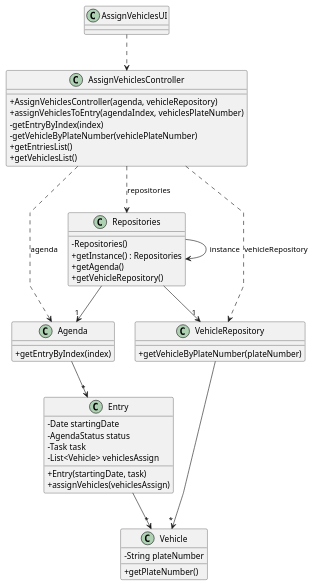
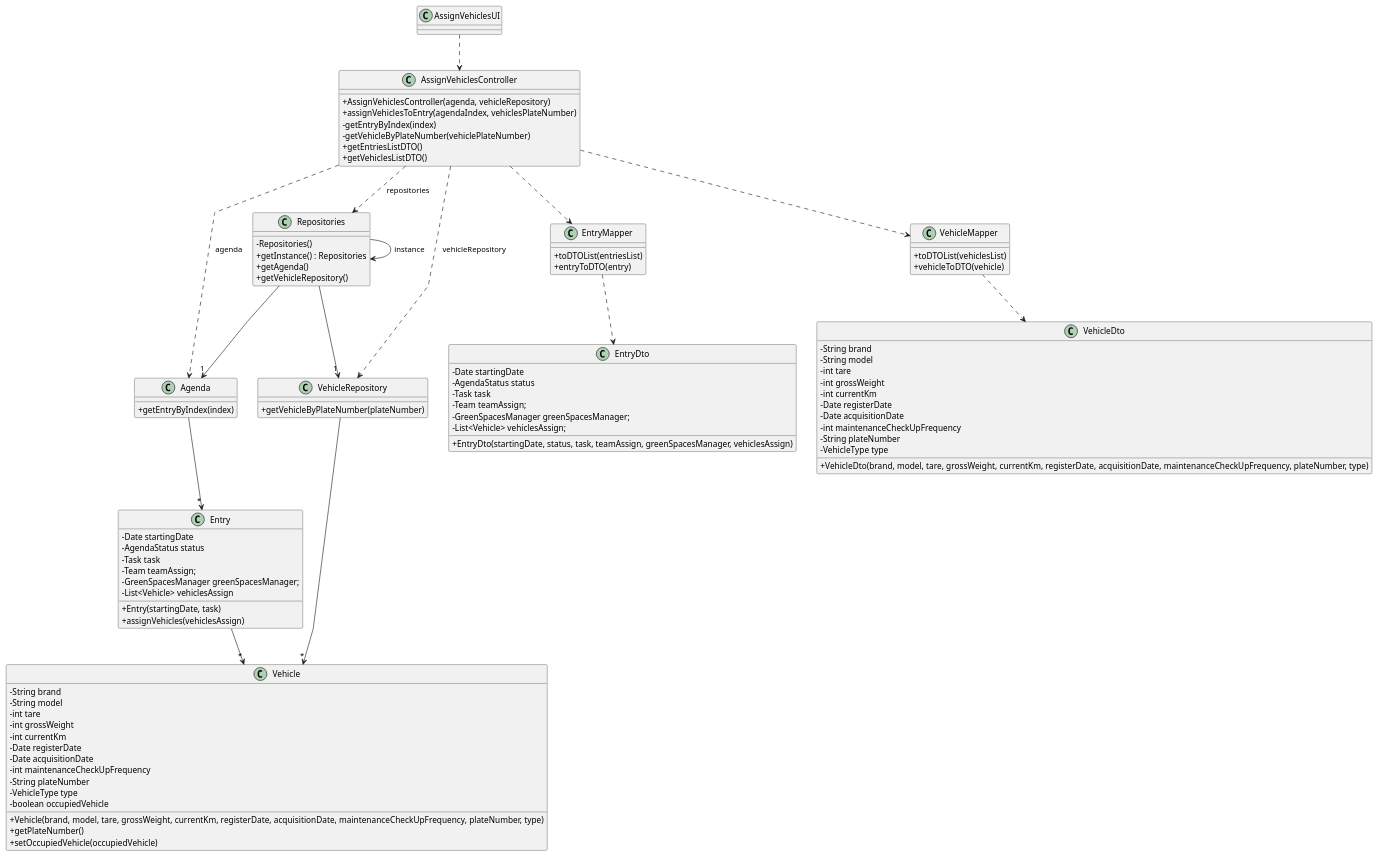
Before and after one commit to daniel41silva05/ISEP_2023_2024_LAPR2: the diagram in docs/sprintA&B&C/us026/03.design/puml/us026-class-diagram.puml, drawn with PlantUML. The commit also changed 16 other files, not shown here.

Commit message:
US22/23/26 - finalization Class Diagram and Sequence Diagram #10 #11 #12

```diff
--- a/docs/sprintA&B&C/us026/03.design/puml/us026-class-diagram.puml
+++ b/docs/sprintA&B&C/us026/03.design/puml/us026-class-diagram.puml
@@ -1,64 +1,116 @@
 @startuml
 'skinparam monochrome true
 skinparam packageStyle rectangle
 skinparam shadowing false
 skinparam linetype polyline
 'skinparam linetype orto
 
 skinparam classAttributeIconSize 0
 
 'left to right direction
 
 class AssignVehiclesUI {
 }
 
 class AssignVehiclesController {
     +AssignVehiclesController(agenda, vehicleRepository)
     +assignVehiclesToEntry(agendaIndex, vehiclesPlateNumber)
     -getEntryByIndex(index)
     -getVehicleByPlateNumber(vehiclePlateNumber)
-    +getEntriesList()
-    +getVehiclesList()
+    +getEntriesListDTO()
+    +getVehiclesListDTO()
 }
 
 class Agenda {
     +getEntryByIndex(index)
 }
 
 class Entry {
     -Date startingDate
     -AgendaStatus status
     -Task task
+    -Team teamAssign;
+    -GreenSpacesManager greenSpacesManager;
     -List<Vehicle> vehiclesAssign
     +Entry(startingDate, task)
     +assignVehicles(vehiclesAssign)
 }
 
 class VehicleRepository {
     +getVehicleByPlateNumber(plateNumber)
 }
 
 class Vehicle {
+    -String brand
+    -String model
+    -int tare
+    -int grossWeight
+    -int currentKm
+    -Date registerDate
+    -Date acquisitionDate
+    -int maintenanceCheckUpFrequency
     -String plateNumber
+    -VehicleType type
+    -boolean occupiedVehicle
+    +Vehicle(brand, model, tare, grossWeight, currentKm, registerDate, acquisitionDate, maintenanceCheckUpFrequency, plateNumber, type)
     +getPlateNumber()
+    +setOccupiedVehicle(occupiedVehicle)
 }
 
 class Repositories {
     - Repositories()
     + getInstance() : Repositories
     + getAgenda()
     + getVehicleRepository()
+}
+
+class EntryDto {
+    -Date startingDate
+    -AgendaStatus status
+    -Task task
+    -Team teamAssign;
+    -GreenSpacesManager greenSpacesManager;
+    -List<Vehicle> vehiclesAssign;
+    +EntryDto(startingDate, status, task, teamAssign, greenSpacesManager, vehiclesAssign)
+}
+
+class EntryMapper {
+    +toDTOList(entriesList)
+    +entryToDTO(entry)
+}
+
+class VehicleDto {
+    -String brand
+    -String model
+    -int tare
+    -int grossWeight
+    -int currentKm
+    -Date registerDate
+    -Date acquisitionDate
+    -int maintenanceCheckUpFrequency
+    -String plateNumber
+    -VehicleType type
+    +VehicleDto(brand, model, tare, grossWeight, currentKm, registerDate, acquisitionDate, maintenanceCheckUpFrequency, plateNumber, type)
+}
+
+class VehicleMapper {
+    +toDTOList(vehiclesList)
+    +vehicleToDTO(vehicle)
 }
 
 AssignVehiclesUI ..> AssignVehiclesController
 AssignVehiclesController ..> Repositories: repositories
 AssignVehiclesController ..> Agenda: agenda
 AssignVehiclesController ..> VehicleRepository: vehicleRepository
 Repositories --> Repositories: instance
 Repositories --> "1" Agenda
 Repositories --> "1" VehicleRepository
 Agenda --> "*" Entry
 VehicleRepository --> "*" Vehicle
 Entry --> "*" Vehicle
+AssignVehiclesController ..> VehicleMapper
+VehicleMapper ..> VehicleDto
+AssignVehiclesController ..> EntryMapper
+EntryMapper ..> EntryDto
 
 @enduml
```
